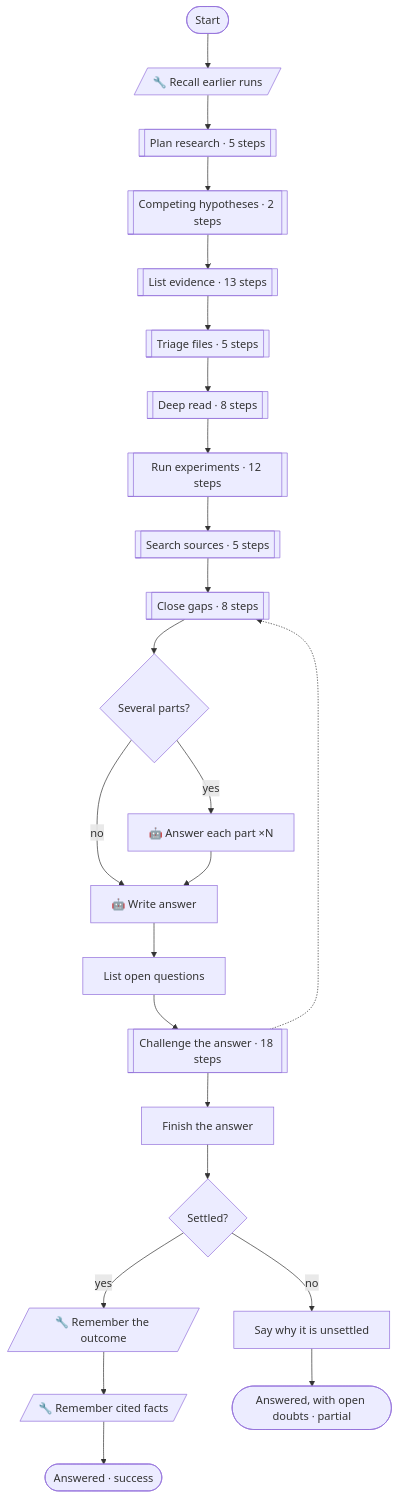
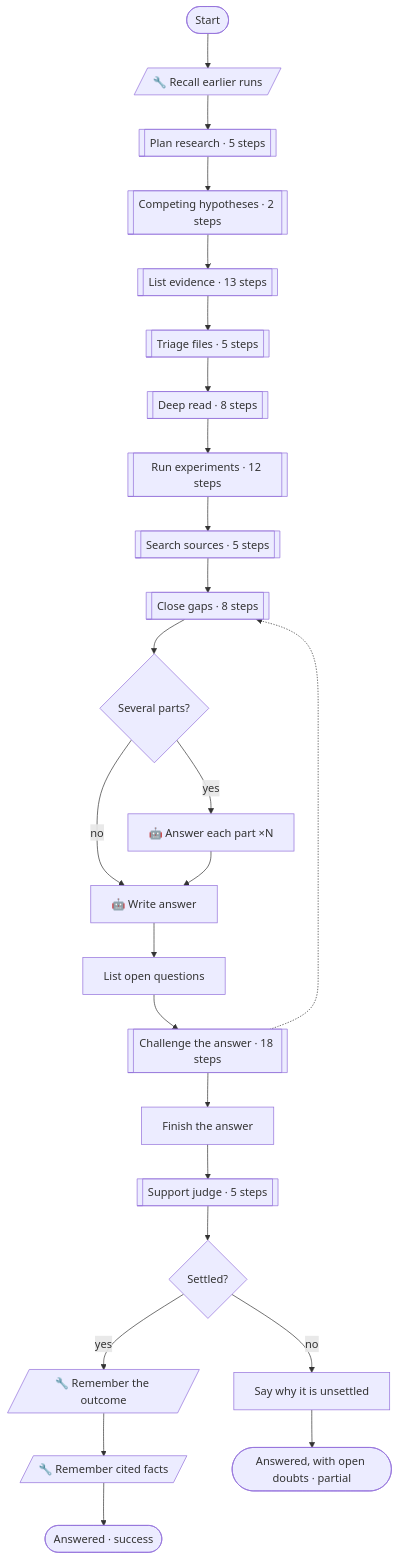
One commit to pirty6/symphony-core changed the first of 7 diagrams in docs/patterns.md. Above: the diagram before and after it, drawn with Mermaid. The commit also changed other lines of this file and 5 other files, not shown here.

First line of the commit message:
investigate: support judge, off by default (shadow, enforce): another model family rules whether each cited workspace finding's quote supports its claim

````diff
--- a/docs/patterns.md
+++ b/docs/patterns.md
@@ -72,48 +77,50 @@
 ```mermaid
 flowchart TD
   n_start(["Start"])
   n_recall[/"🔧 Recall earlier runs"/]
   n_multiPart{"Several parts?"}
   n_answerParts["🤖 Answer each part ×N"]
   n_answer["🤖 Write answer"]
   n_listOpen["List open questions"]
   n_attachParts["Finish the answer"]
   n_settled{"Settled?"}
   n_noteDoubts["Say why it is unsettled"]
   n_learnAnswer[/"🔧 Remember the outcome"/]
   n_rememberCited[/"🔧 Remember cited facts"/]
   n_done(["Answered · success"])
   n_doubts(["Answered, with open doubts · partial"])
   n_planPhase[["Plan research · 5 steps"]]
   n_hypothesesPhase[["Competing hypotheses · 2 steps"]]
   n_listPhase[["List evidence · 13 steps"]]
   n_triagePhase[["Triage files · 5 steps"]]
   n_deepPhase[["Deep read · 8 steps"]]
   n_experimentPhase[["Run experiments · 12 steps"]]
   n_sourcePhase[["Search sources · 5 steps"]]
   n_gapPhase[["Close gaps · 8 steps"]]
   n_challengePhase[["Challenge the answer · 18 steps"]]
+  n_judgePhase[["Support judge · 5 steps"]]
   n_start --> n_recall
   n_recall --> n_planPhase
   n_planPhase --> n_hypothesesPhase
   n_hypothesesPhase --> n_listPhase
   n_listPhase --> n_triagePhase
   n_triagePhase --> n_deepPhase
   n_deepPhase --> n_experimentPhase
   n_experimentPhase --> n_sourcePhase
   n_sourcePhase --> n_gapPhase
   n_gapPhase --> n_multiPart
   n_multiPart -->|"yes"| n_answerParts
   n_multiPart -->|"no"| n_answer
   n_answerParts --> n_answer
   n_answer --> n_listOpen
   n_listOpen --> n_challengePhase
   n_challengePhase --> n_attachParts
   n_challengePhase -.-> n_gapPhase
-  n_attachParts --> n_settled
+  n_attachParts --> n_judgePhase
+  n_judgePhase --> n_settled
   n_settled -->|"yes"| n_learnAnswer
   n_settled -->|"no"| n_noteDoubts
   n_learnAnswer --> n_rememberCited
   n_rememberCited --> n_done
   n_noteDoubts --> n_doubts
 ```
````
